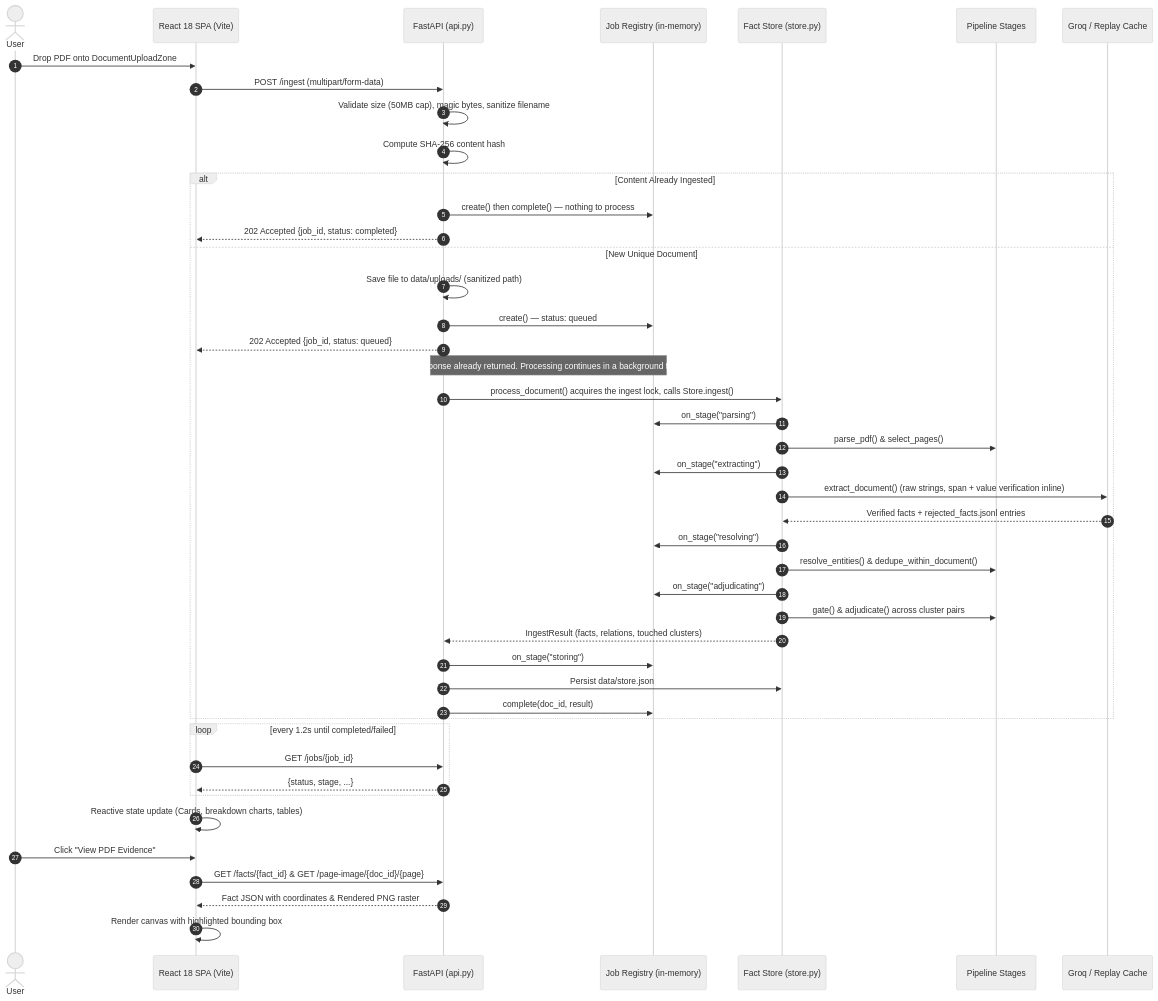
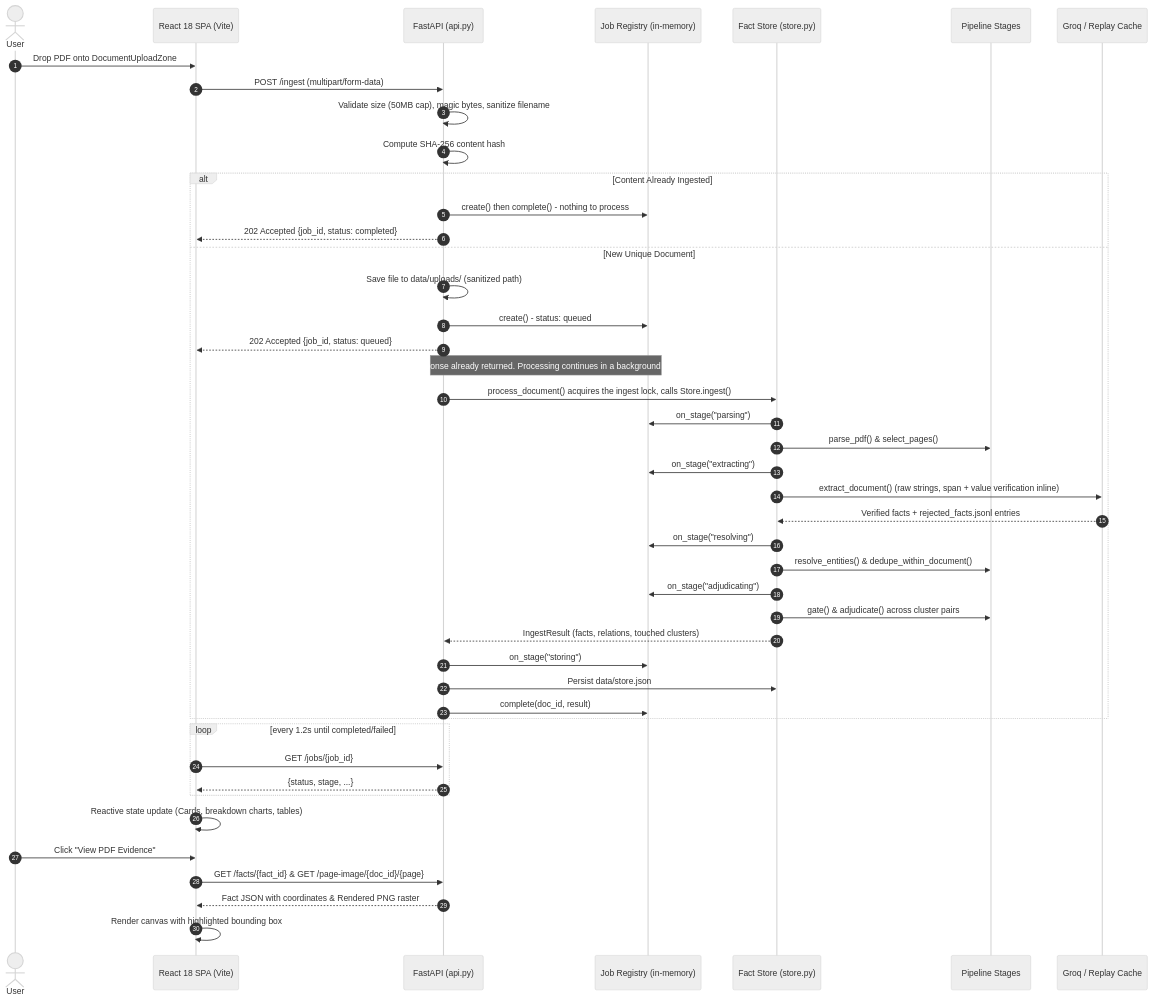
One commit to Aashik1701/fact-layer changed the second of 2 diagrams in README.md. Above: the diagram before and after it, drawn with Mermaid (neutral theme). The commit also changed other lines of this file and 1 other file, not shown here.

````diff
--- a/README.md
+++ b/README.md
@@ -219,48 +223,48 @@
 ```mermaid
 sequenceDiagram
     autonumber
     actor User
     participant UI as React 18 SPA (Vite)
     participant API as FastAPI (api.py)
     participant Jobs as Job Registry (in-memory)
     participant Store as Fact Store (store.py)
     participant Pipeline as Pipeline Stages
     participant LLM as Groq / Replay Cache
 
     User->>UI: Drop PDF onto DocumentUploadZone
     UI->>API: POST /ingest (multipart/form-data)
     API->>API: Validate size (50MB cap), magic bytes, sanitize filename
     API->>API: Compute SHA-256 content hash
     alt Content Already Ingested
-        API->>Jobs: create() then complete() — nothing to process
+        API->>Jobs: create() then complete() - nothing to process
         API-->>UI: 202 Accepted {job_id, status: completed}
     else New Unique Document
         API->>API: Save file to data/uploads/ (sanitized path)
-        API->>Jobs: create() — status: queued
+        API->>Jobs: create() - status: queued
         API-->>UI: 202 Accepted {job_id, status: queued}
         Note over API,Jobs: Response already returned. Processing continues in a background task.
         API->>Store: process_document() acquires the ingest lock, calls Store.ingest()
         Store->>Jobs: on_stage("parsing")
         Store->>Pipeline: parse_pdf() & select_pages()
         Store->>Jobs: on_stage("extracting")
         Store->>LLM: extract_document() (raw strings, span + value verification inline)
         LLM-->>Store: Verified facts + rejected_facts.jsonl entries
         Store->>Jobs: on_stage("resolving")
         Store->>Pipeline: resolve_entities() & dedupe_within_document()
         Store->>Jobs: on_stage("adjudicating")
         Store->>Pipeline: gate() & adjudicate() across cluster pairs
         Store-->>API: IngestResult (facts, relations, touched clusters)
         API->>Jobs: on_stage("storing")
         API->>Store: Persist data/store.json
         API->>Jobs: complete(doc_id, result)
     end
     loop every 1.2s until completed/failed
         UI->>API: GET /jobs/{job_id}
         API-->>UI: {status, stage, ...}
     end
     UI->>UI: Reactive state update (Cards, breakdown charts, tables)
     User->>UI: Click "View PDF Evidence"
     UI->>API: GET /facts/{fact_id} & GET /page-image/{doc_id}/{page}
     API-->>UI: Fact JSON with coordinates & Rendered PNG raster
     UI->>UI: Render canvas with highlighted bounding box
 ```
````
